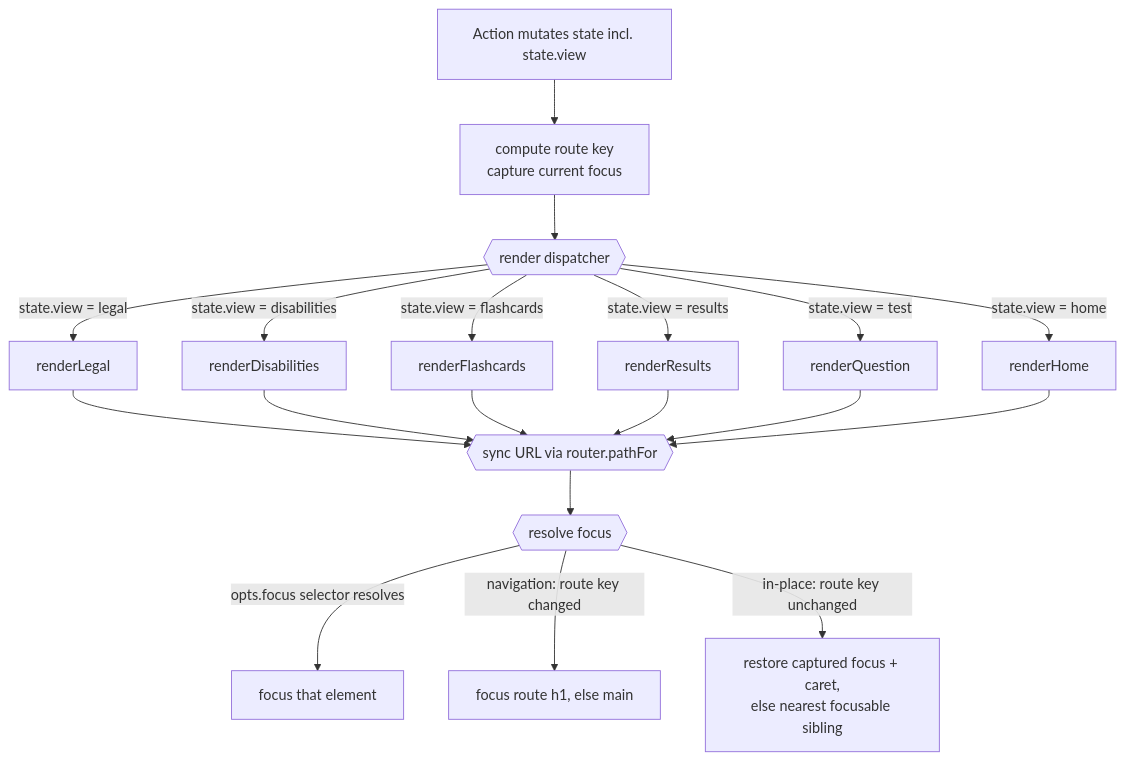
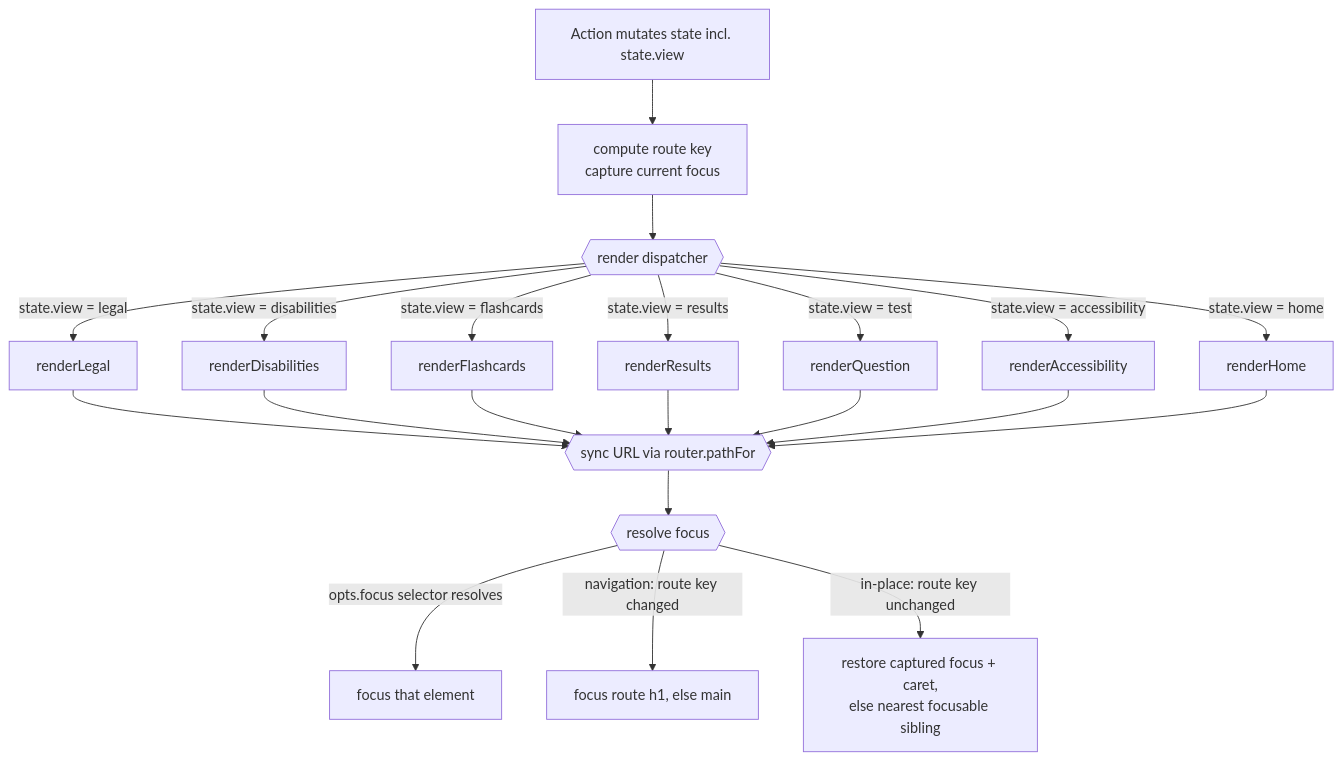
Before and after one commit to lucidsif/cpacc-exam-prep: the second of 4 diagrams in ARCHITECTURE.md, drawn with Mermaid. The commit also changed other lines of this file and 3 other files, not shown here.

````diff
--- a/ARCHITECTURE.md
+++ b/ARCHITECTURE.md
@@ -68,25 +68,27 @@
 ```mermaid
 flowchart TD
   accTitle: Render dispatcher decision tree
-  accDescr: render(opts) computes a route key from view, question index, and reference category, and captures the currently focused element, before switching on the explicit state.view field to one of six views. After rendering and syncing the URL hash, it resolves focus in priority order — an explicit opts.focus selector wins if it resolves; otherwise a route-key change moves focus to the destination's own h1, falling back to main; otherwise the captured focus and caret position are restored, falling back to the nearest focusable sibling if the original control became disabled by this same render. After every state mutation, render() is called again.
+  accDescr: render(opts) computes a route key from view, question index, and reference category, and captures the currently focused element, before switching on the explicit state.view field to one of seven views. After rendering and syncing the URL hash, it resolves focus in priority order — an explicit opts.focus selector wins if it resolves; otherwise a route-key change moves focus to the destination's own h1, falling back to main; otherwise the captured focus and caret position are restored, falling back to the nearest focusable sibling (or, if the whole cluster disabled itself, the route heading) if the original control became disabled by this same render. After every state mutation, render() is called again.
 
   A[Action mutates state incl. state.view]
   A --> KEY[compute route key<br/>capture current focus]
   KEY --> R{{render dispatcher}}
   R -->|state.view = legal| L[renderLegal]
   R -->|state.view = disabilities| D[renderDisabilities]
   R -->|state.view = flashcards| F[renderFlashcards]
   R -->|state.view = results| RR[renderResults]
   R -->|state.view = test| Q[renderQuestion]
+  R -->|state.view = accessibility| AC[renderAccessibility]
   R -->|state.view = home| H[renderHome]
   L --> SYNC{{sync URL via router.pathFor}}
   D --> SYNC
   F --> SYNC
   RR --> SYNC
   Q --> SYNC
+  AC --> SYNC
   H --> SYNC
   SYNC --> FOCUS{{resolve focus}}
   FOCUS -->|opts.focus selector resolves| FE[focus that element]
   FOCUS -->|navigation: route key changed| FR[focus route h1, else main]
   FOCUS -->|in-place: route key unchanged| FC[restore captured focus + caret,<br/>else nearest focusable sibling]
 ```
````
